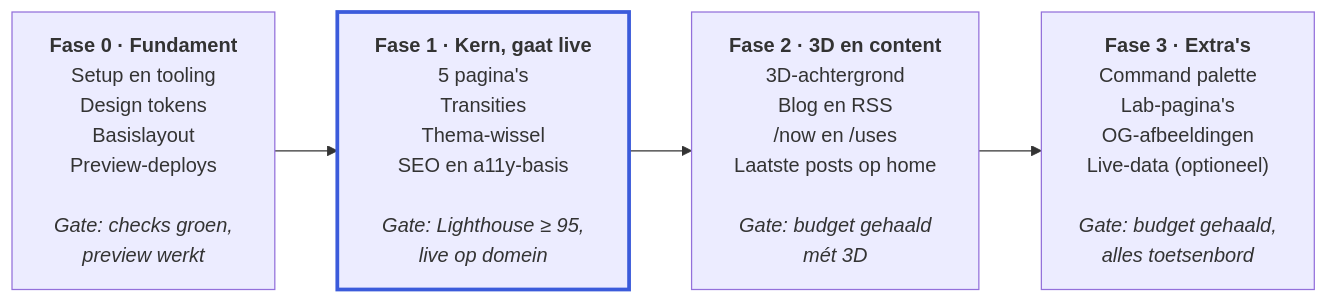
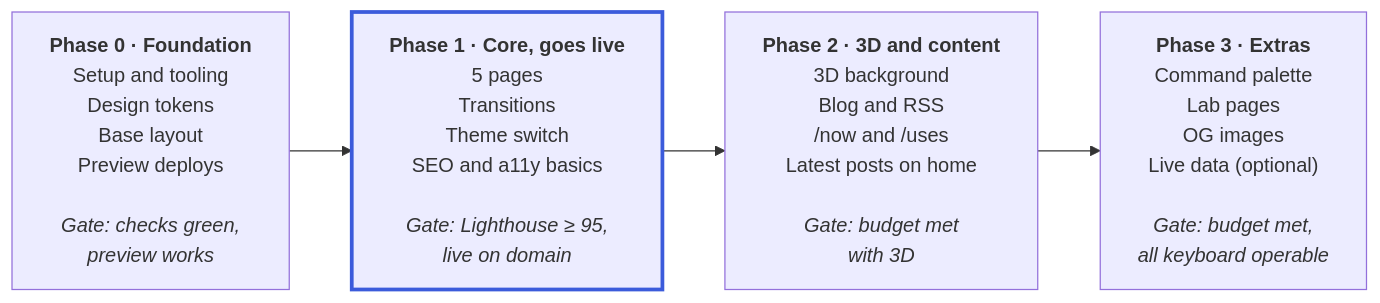
One commit to lucieneu/personal-website changed the diagram in docs/project-spec.md. Above: the diagram before and after it, drawn with Mermaid. The commit also changed other lines of this file and 1 other file, not shown here.

````diff
--- a/docs/project-spec.md
+++ b/docs/project-spec.md
@@ -488,10 +488,10 @@
 ```mermaid
 flowchart LR
-  F0["<b>Fase 0 · Fundament</b><br/>Setup en tooling<br/>Design tokens<br/>Basislayout<br/>Preview-deploys<br/><br/><i>Gate: checks groen,<br/>preview werkt</i>"]
-  F1["<b>Fase 1 · Kern, gaat live</b><br/>5 pagina's<br/>Transities<br/>Thema-wissel<br/>SEO en a11y-basis<br/><br/><i>Gate: Lighthouse ≥ 95,<br/>live op domein</i>"]
-  F2["<b>Fase 2 · 3D en content</b><br/>3D-achtergrond<br/>Blog en RSS<br/>/now en /uses<br/>Laatste posts op home<br/><br/><i>Gate: budget gehaald<br/>mét 3D</i>"]
-  F3["<b>Fase 3 · Extra's</b><br/>Command palette<br/>Lab-pagina's<br/>OG-afbeeldingen<br/>Live-data (optioneel)<br/><br/><i>Gate: budget gehaald,<br/>alles toetsenbord</i>"]
+  F0["<b>Phase 0 · Foundation</b><br/>Setup and tooling<br/>Design tokens<br/>Base layout<br/>Preview deploys<br/><br/><i>Gate: checks green,<br/>preview works</i>"]
+  F1["<b>Phase 1 · Core, goes live</b><br/>5 pages<br/>Transitions<br/>Theme switch<br/>SEO and a11y basics<br/><br/><i>Gate: Lighthouse ≥ 95,<br/>live on domain</i>"]
+  F2["<b>Phase 2 · 3D and content</b><br/>3D background<br/>Blog and RSS<br/>/now and /uses<br/>Latest posts on home<br/><br/><i>Gate: budget met<br/>with 3D</i>"]
+  F3["<b>Phase 3 · Extras</b><br/>Command palette<br/>Lab pages<br/>OG images<br/>Live data (optional)<br/><br/><i>Gate: budget met,<br/>all keyboard operable</i>"]
   F0 --> F1 --> F2 --> F3
   classDef live stroke:#3B5BDB,stroke-width:3px
   class F1 live
 ```
````
